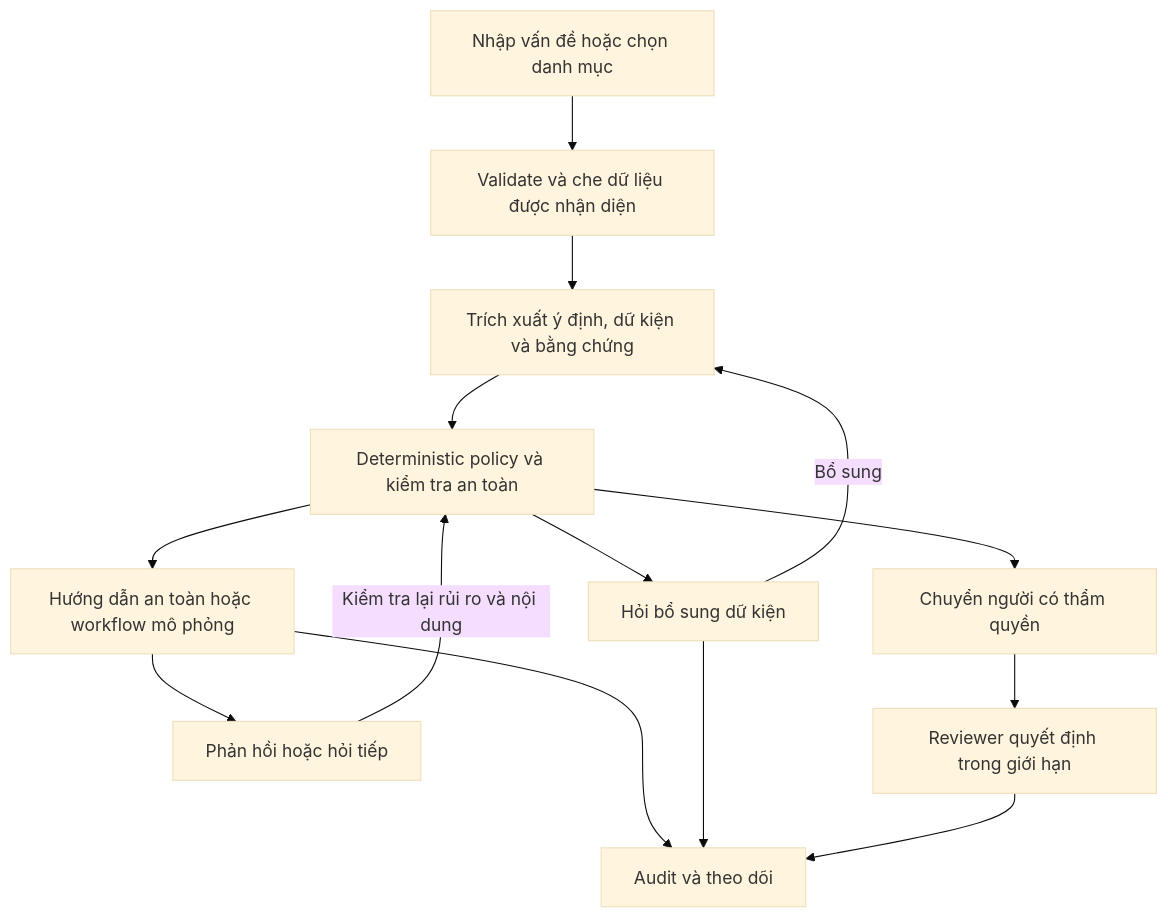
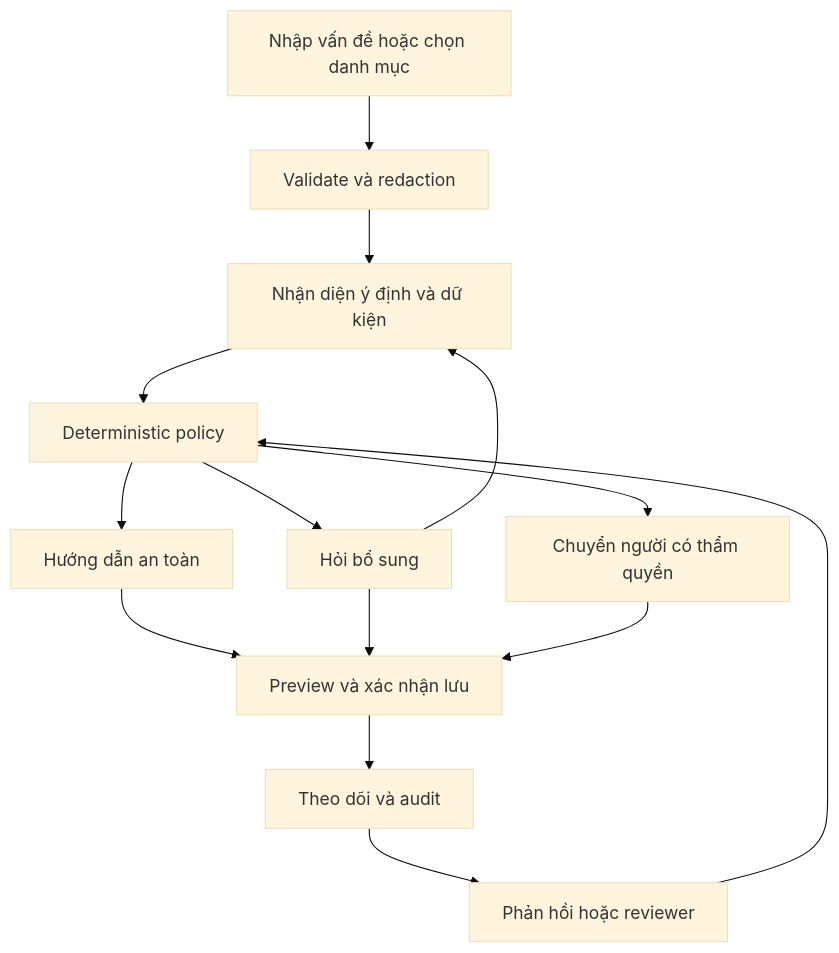
One commit to dakiemdarktharr/nosleepclub-support-desk changed the first of 2 diagrams in README.md. Above: the diagram before and after it, drawn with Mermaid (base theme). The commit also changed other lines of this file and 81 other files, not shown here.

````diff
--- a/README.md
+++ b/README.md
@@ -73,16 +44,16 @@
 ```mermaid
 flowchart TD
-    A[Nhập vấn đề hoặc chọn danh mục] --> B[Validate và che dữ liệu được nhận diện]
-    B --> C[Trích xuất ý định, dữ kiện và bằng chứng]
-    C --> D[Deterministic policy và kiểm tra an toàn]
-    D --> E[Hướng dẫn an toàn hoặc workflow mô phỏng]
-    D --> F[Hỏi bổ sung dữ kiện]
-    D --> G[Chuyển người có thẩm quyền]
-    F -->|Bổ sung| C
-    E --> H[Phản hồi hoặc hỏi tiếp]
-    H -->|Kiểm tra lại rủi ro và nội dung| D
-    G --> I[Reviewer quyết định trong giới hạn]
-    E --> J[Audit và theo dõi]
-    F --> J
-    I --> J
+  A[Nhập vấn đề hoặc chọn danh mục] --> B[Validate và redaction]
+  B --> C[Nhận diện ý định và dữ kiện]
+  C --> D[Deterministic policy]
+  D --> E[Hướng dẫn an toàn]
+  D --> F[Hỏi bổ sung]
+  D --> G[Chuyển người có thẩm quyền]
+  F --> C
+  E --> H[Preview và xác nhận lưu]
+  F --> H
+  G --> H
+  H --> I[Theo dõi và audit]
+  I --> J[Phản hồi hoặc reviewer]
+  J --> D
 ```
````
